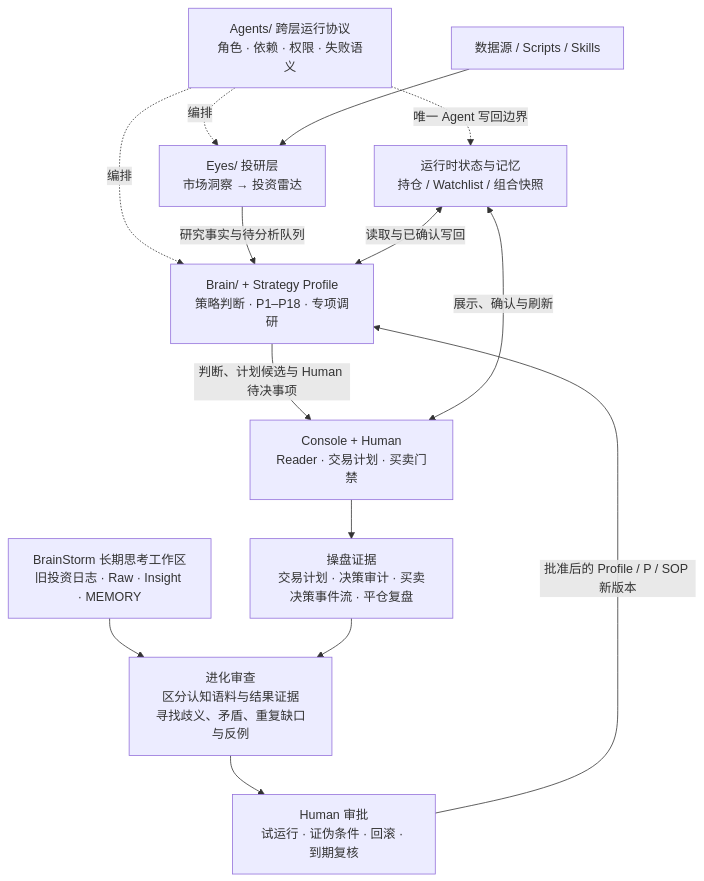
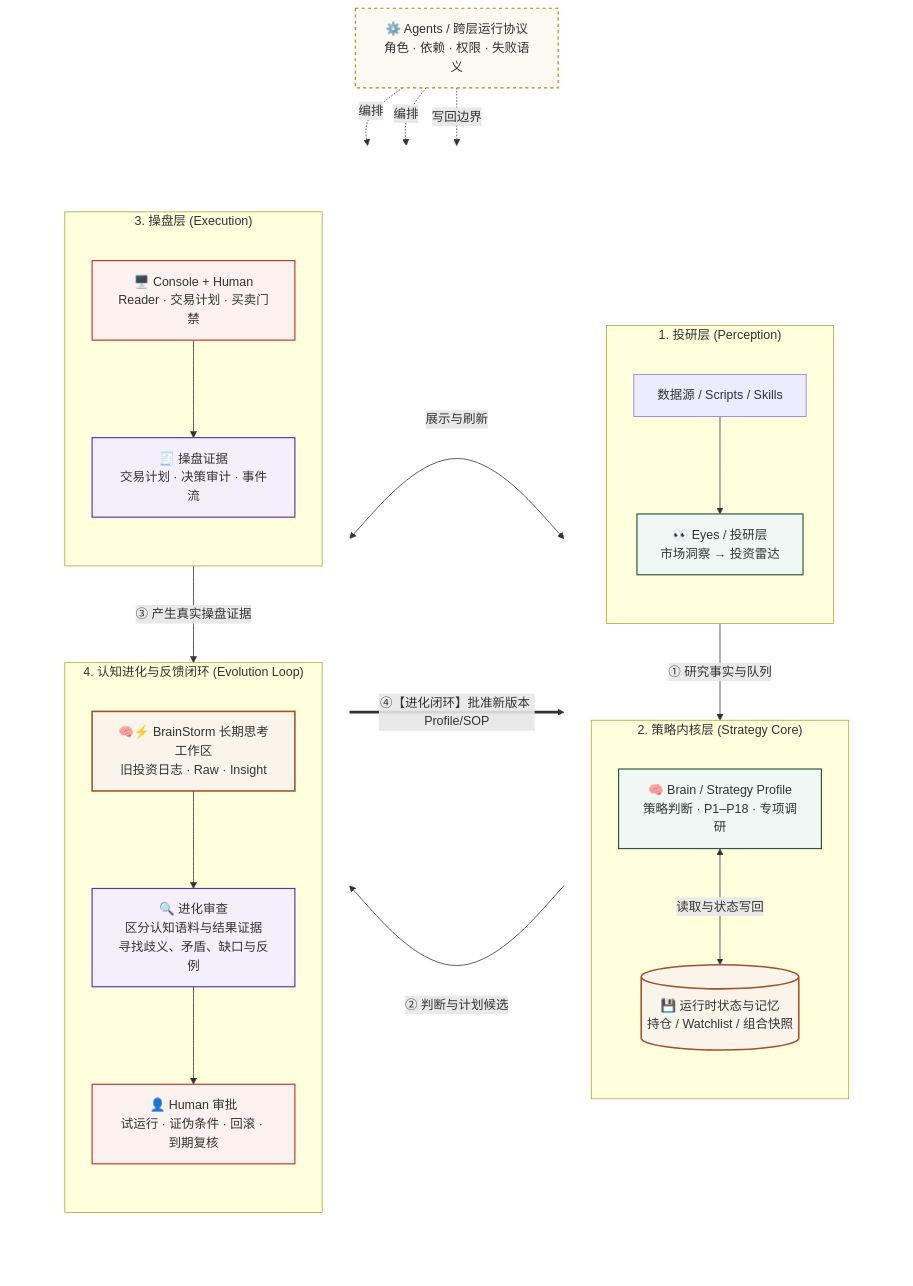
The diagram in README.md (Evan-XYZ/YMOS), drawn with Mermaid before and after one commit.

Commit message:
docs: update architecture Mermaid diagram

````diff
--- a/README.md
+++ b/README.md
@@ -56,18 +56,68 @@
 ```mermaid
-flowchart TD
-    A["Agents/ 跨层运行协议<br/>角色 · 依赖 · 权限 · 失败语义"] -.编排.-> E
-    A -.编排.-> B
-    A -.唯一 Agent 写回边界.-> S
+flowchart TB
+    classDef protocol fill:#fcf8f2,stroke:#b8860b,stroke-width:1.5px,stroke-dasharray: 4 4;
+    classDef memory fill:#faf4eb,stroke:#a0522d,stroke-width:2px;
+    classDef mainNode fill:#f0f7f4,stroke:#2d5a40,stroke-width:1.5px;
+    classDef humanGate fill:#fdf2f0,stroke:#c0392b,stroke-width:1.5px;
+    classDef auditLoop fill:#f5effb,stroke:#5e35b1,stroke-width:1.5px;
+    classDef invisible fill:none,stroke:none,color:transparent;
 
-    D["数据源 / Scripts / Skills"] --> E["Eyes/ 投研层<br/>市场洞察 → 投资雷达"]
-    E -->|"研究事实与待分析队列"| B["Brain/ + Strategy Profile<br/>策略判断 · P1–P18 · 专项调研"]
-    S["运行时状态与记忆<br/>持仓 / Watchlist / 组合快照"] <-->|"读取与已确认写回"| B
-    B -->|"判断、计划候选与 Human 待决事项"| C["Console + Human<br/>Reader · 交易计划 · 买卖门禁"]
-    S <-->|"展示、确认与刷新"| C
+    A["⚙️ Agents / 跨层运行协议<br>角色 · 依赖 · 权限 · 失败语义"]:::protocol
 
-    C --> R["操盘证据<br/>交易计划 · 决策审计 · 买卖决策事件流 · 平仓复盘"]
-    BS["BrainStorm 长期思考工作区<br/>旧投资日志 · Raw · Insight · MEMORY"] --> EV["进化审查<br/>区分认知语料与结果证据<br/>寻找歧义、矛盾、重复缺口与反例"]
-    R --> EV
-    EV --> H["Human 审批<br/>试运行 · 证伪条件 · 回滚 · 到期复核"]
-    H -->|"批准后的 Profile / P / SOP 新版本"| B
+    subgraph Container [" "]
+        direction LR
+
+        subgraph LeftCol [" "]
+            direction TB
+
+            subgraph L1 ["1. 投研层 (Perception)"]
+                direction TB
+                D["数据源 / Scripts / Skills"] --> E["👀 Eyes / 投研层<br>市场洞察 → 投资雷达"]:::mainNode
+            end
+
+            subgraph L2 ["2. 策略内核层 (Strategy Core)"]
+                direction TB
+                B["🧠 Brain / Strategy Profile<br>策略判断 · P1–P18 · 专项调研"]:::mainNode
+                S[("💾 运行时状态与记忆<br>持仓 / Watchlist / 组合快照")]:::memory
+                B <-->|"读取与状态写回"| S
+            end
+
+            E -->|"① 研究事实与队列"| B
+        end
+
+        subgraph RightCol [" "]
+            direction TB
+
+            subgraph L3 ["3. 操盘层 (Execution)"]
+                direction TB
+                C["🖥️ Console + Human<br>Reader · 交易计划 · 买卖门禁"]:::humanGate
+                R["🧾 操盘证据<br>交易计划 · 决策审计 · 事件流"]:::auditLoop
+                C --> R
+            end
+
+            subgraph L4 ["4. 认知进化与反馈闭环 (Evolution Loop)"]
+                direction TB
+                BS["🧠⚡ BrainStorm 长期思考工作区<br>旧投资日志 · Raw · Insight"]:::memory
+                EV["🔍 进化审查<br>区分认知语料与结果证据<br>寻找歧义、矛盾、缺口与反例"]:::auditLoop
+                H["👤 Human 审批<br>试运行 · 证伪条件 · 回滚 · 到期复核"]:::humanGate
+                BS --> EV
+                EV --> H
+            end
+
+            R -->|"③ 产生真实操盘证据"| EV
+        end
+    end
+
+    A ~~~ L1
+    A ~~~ L3
+
+    B -->|"② 判断与计划候选"| C
+    C <-->|"展示与刷新"| S
+    H == "④【进化闭环】批准新版本 Profile/SOP" ==> B
+
+    A -. "编排" .-> E
+    A -. "编排" .-> B
+    A -. "写回边界" .-> S
+
+    class Container,LeftCol,RightCol invisible;
 ```
````
